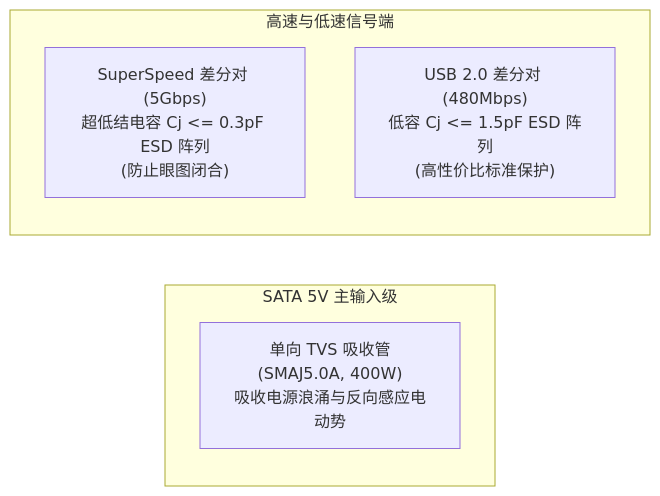
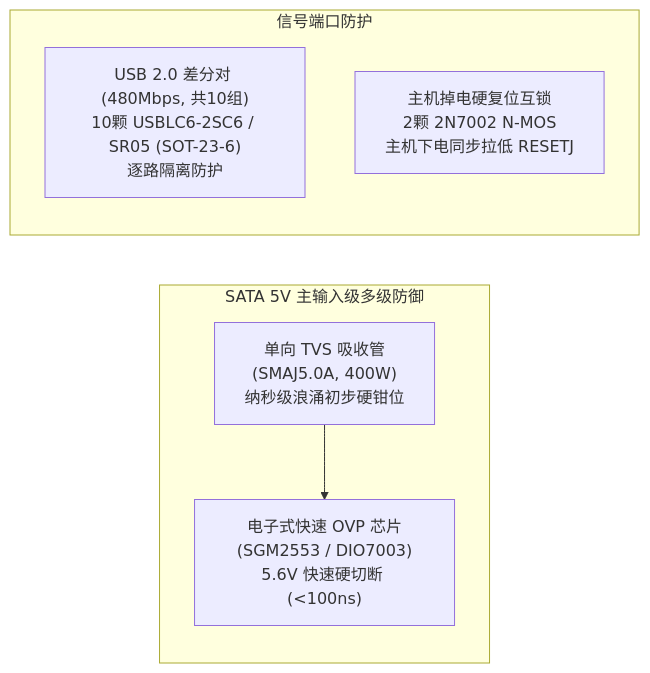
Before and after one commit to finnianryan/USB3_19Pin-Expansion-Board-Project: the diagram in 02_System_Design/02_Chip_Selection.md, drawn with Mermaid. The commit also changed other lines of this file and 7 other files, not shown here.

````diff
--- a/02_System_Design/02_Chip_Selection.md
+++ b/02_System_Design/02_Chip_Selection.md
@@ -91,11 +97,13 @@
 ```mermaid
 flowchart LR
-    subgraph SATA_In["SATA 5V 主输入级"]
-        TVS_In["单向 TVS 吸收管<br>(SMAJ5.0A, 400W)<br>吸收电源浪涌与反向感应电动势"]
+    subgraph SATA_In["SATA 5V 主输入级多级防御"]
+        TVS_In["单向 TVS 吸收管<br>(SMAJ5.0A, 400W)<br>纳秒级浪涌初步硬钳位"]
+        OVP_Chip["电子式快速 OVP 芯片<br>(SGM2553 / DIO7003)<br>5.6V 快速硬切断 (<100ns)"]
+        TVS_In --> OVP_Chip
     end
 
-    subgraph Port_Out["高速与低速信号端"]
-        ESD_SS["SuperSpeed 差分对 (5Gbps)<br>超低结电容 Cj <= 0.3pF ESD 阵列<br>(防止眼图闭合)"]
-        ESD_HS["USB 2.0 差分对 (480Mbps)<br>低容 Cj <= 1.5pF ESD 阵列<br>(高性价比标准保护)"]
+    subgraph Signal_Prot["信号端口防护"]
+        ESD_HS["USB 2.0 差分对 (480Mbps, 共10组)<br>10颗 USBLC6-2SC6 / SR05 (SOT-23-6)<br>逐路隔离防护"]
+        Reset_Lock["主机掉电硬复位互锁<br>2颗 2N7002 N-MOS<br>主机下电同步拉低 RESETJ"]
     end
 ```
````
